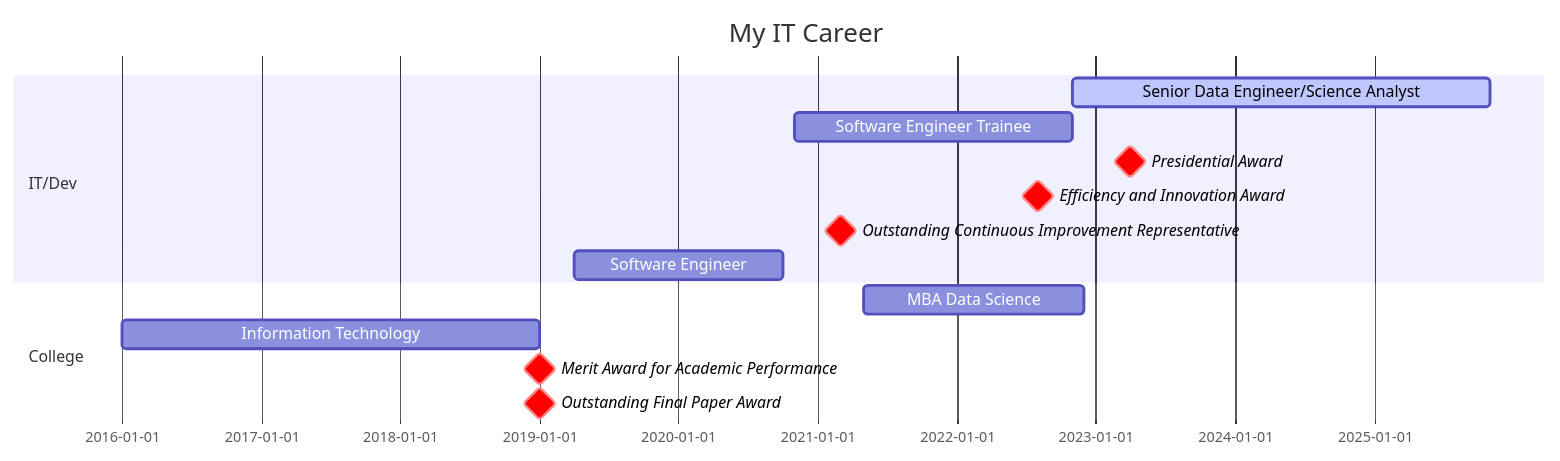
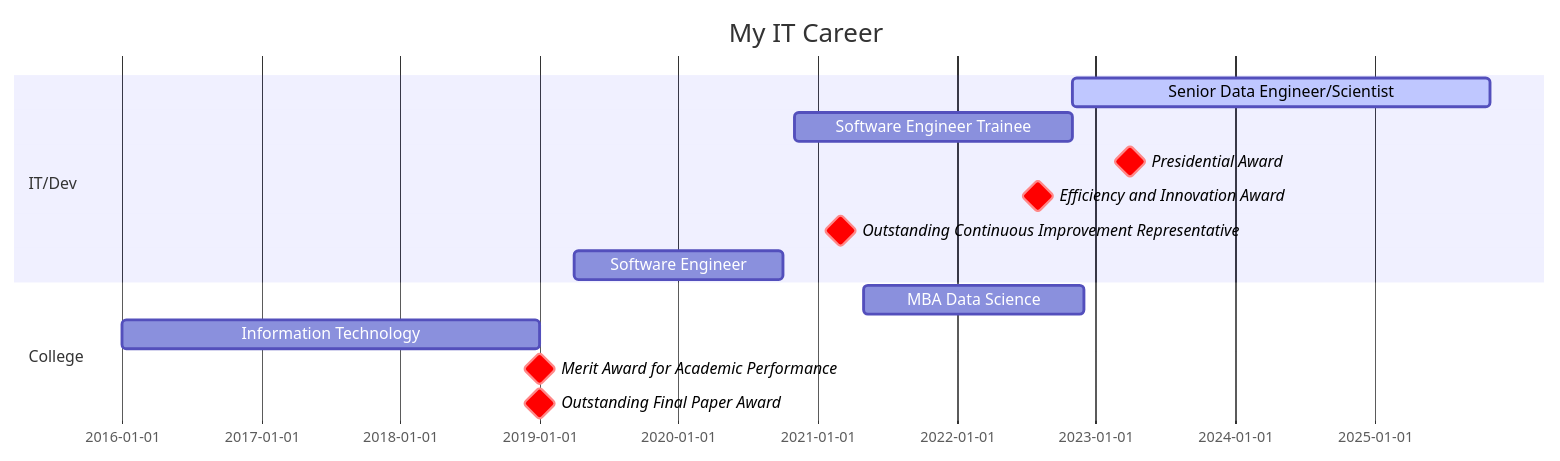
Before and after one commit to josehenriqueroveda/josehenriqueroveda: the diagram in README.md, drawn with Mermaid. The commit also changed other lines of this file, not shown here.

````diff
--- a/README.md
+++ b/README.md
@@ -43,19 +43,19 @@
 ```mermaid
 gantt
        dateFormat  MM-YYYY
        title My IT Career
 
        section IT/Dev
-       Senior Data Engineer/Science Analyst   :active,  des1, after des2, 3y
+       Senior Data Engineer/Scientist   :active,  des1, after des2, 3y
        Software Engineer Trainee    :  des2, 11-2020, 11-2022
        Presidential Award   :milestone, crit, 04-2023, 1d
        Efficiency and Innovation Award   :milestone, crit, 08-2022, 1d
        Outstanding Continuous Improvement Representative   :milestone, crit, 03-2021, 1d
        Software Engineer    :  des3, 04-2019, 10-2020
 
        section College
        MBA Data Science   : des5, 05-2021, 12-2022
        Information Technology : des6, 01-2016, 01-2019
        Merit Award for Academic Performance   :milestone, crit, 01-2019, 1d
        Outstanding Final Paper Award   :milestone, crit, 01-2019, 1d
 ```
````
